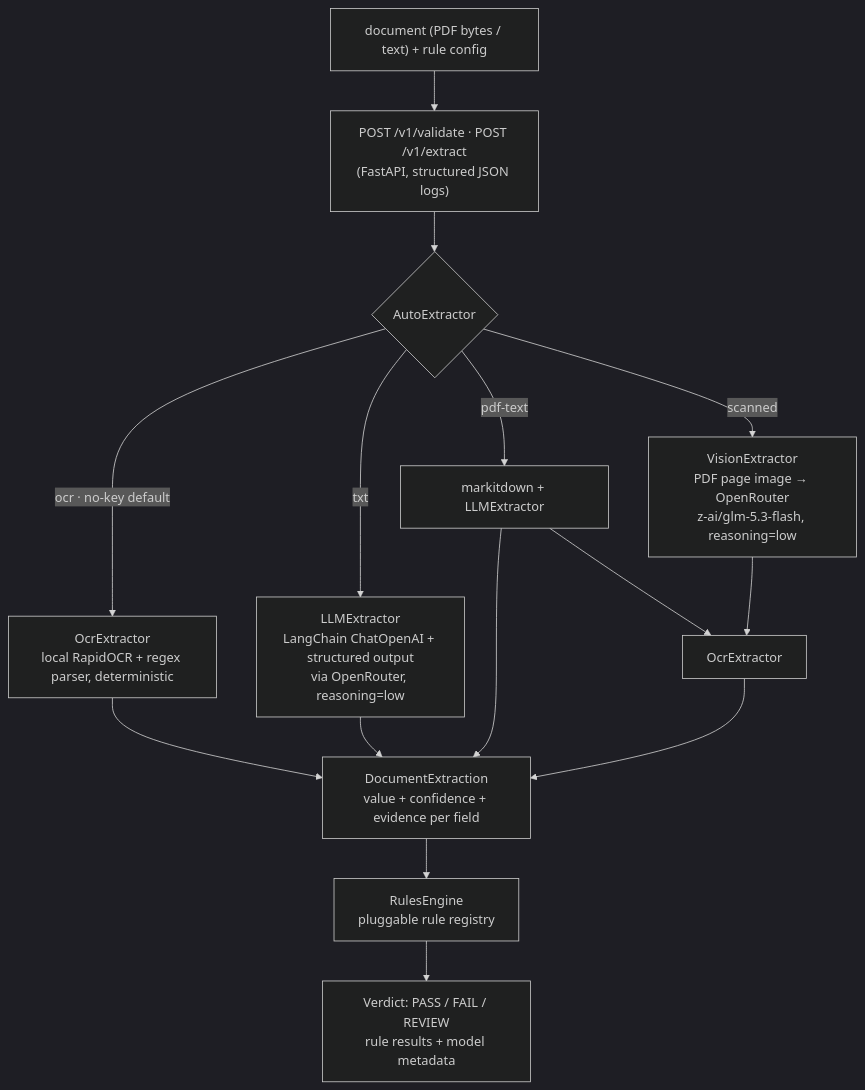
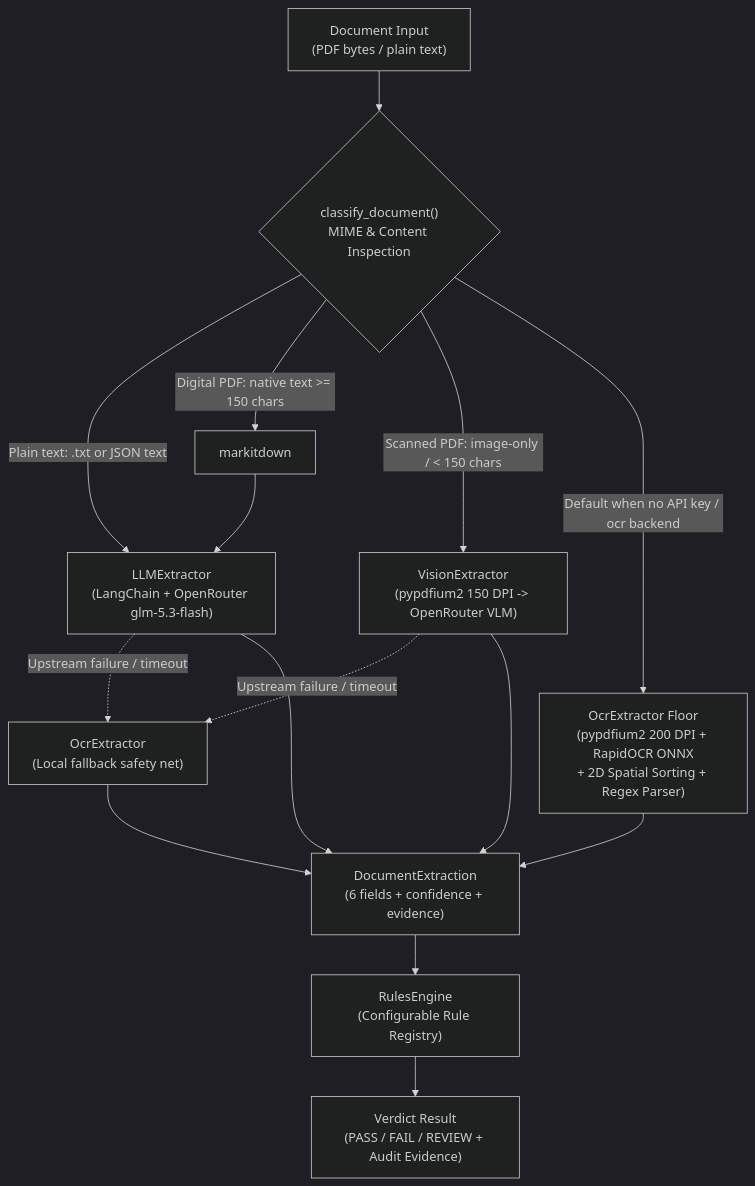
Before and after one commit to PedroOrtix/ai-document-validator: the diagram in README.md, drawn with Mermaid (dark theme). The commit also changed other lines of this file and 1 other file, not shown here.

First line of the commit message:
docs: document fixed pipeline architecture and live 3-engine evaluation benchmark

````diff
--- a/README.md
+++ b/README.md
@@ -177,15 +213,21 @@
 ```mermaid
 flowchart TD
-    A["document (PDF bytes / text) + rule config"] --> B["POST /v1/validate · POST /v1/extract<br/>(FastAPI, structured JSON logs)"]
-    B --> C{AutoExtractor}
-    C -->|txt| E["LLMExtractor<br/>LangChain ChatOpenAI + structured output<br/>via OpenRouter, reasoning=low"]
-    C -->|pdf-text| T["markitdown + LLMExtractor"] --> OCR["OcrExtractor"]
-    C -->|scanned| E2["VisionExtractor<br/>PDF page image → OpenRouter<br/>z-ai/glm-5.3-flash, reasoning=low"] --> OCR
-    C -->|ocr · no-key default| D["OcrExtractor<br/>local RapidOCR + regex parser, deterministic"]
-    D --> G["DocumentExtraction<br/>value + confidence + evidence per field"]
-    E --> G
-    T --> G
-    OCR --> G
-    G --> H["RulesEngine<br/>pluggable rule registry"]
-    H --> I["Verdict: PASS / FAIL / REVIEW<br/>rule results + model metadata"]
+    Doc["Document Input<br/>(PDF bytes / plain text)"] --> Classifier{"classify_document()<br/>MIME & Content Inspection"}
+
+    Classifier -->|Plain text: .txt or JSON text| RouteLLM["LLMExtractor<br/>(LangChain + OpenRouter glm-5.3-flash)"]
+    Classifier -->|Digital PDF: native text >= 150 chars| MarkItDown["markitdown"] --> RouteLLM
+    Classifier -->|Scanned PDF: image-only / < 150 chars| RouteVLM["VisionExtractor<br/>(pypdfium2 150 DPI -> OpenRouter VLM)"]
+
+    RouteLLM -.->|Upstream failure / timeout| FallbackOCR["OcrExtractor<br/>(Local fallback safety net)"]
+    RouteVLM -.->|Upstream failure / timeout| FallbackOCR
+
+    Classifier -->|Default when no API key / ocr backend| LocalFloor["OcrExtractor Floor<br/>(pypdfium2 200 DPI + RapidOCR ONNX<br/>+ 2D Spatial Sorting + Regex Parser)"]
+
+    RouteLLM --> Ext["DocumentExtraction<br/>(6 fields + confidence + evidence)"]
+    RouteVLM --> Ext
+    LocalFloor --> Ext
+    FallbackOCR --> Ext
+
+    Ext --> Engine["RulesEngine<br/>(Configurable Rule Registry)"]
+    Engine --> Verdict["Verdict Result<br/>(PASS / FAIL / REVIEW + Audit Evidence)"]
 ```
````
